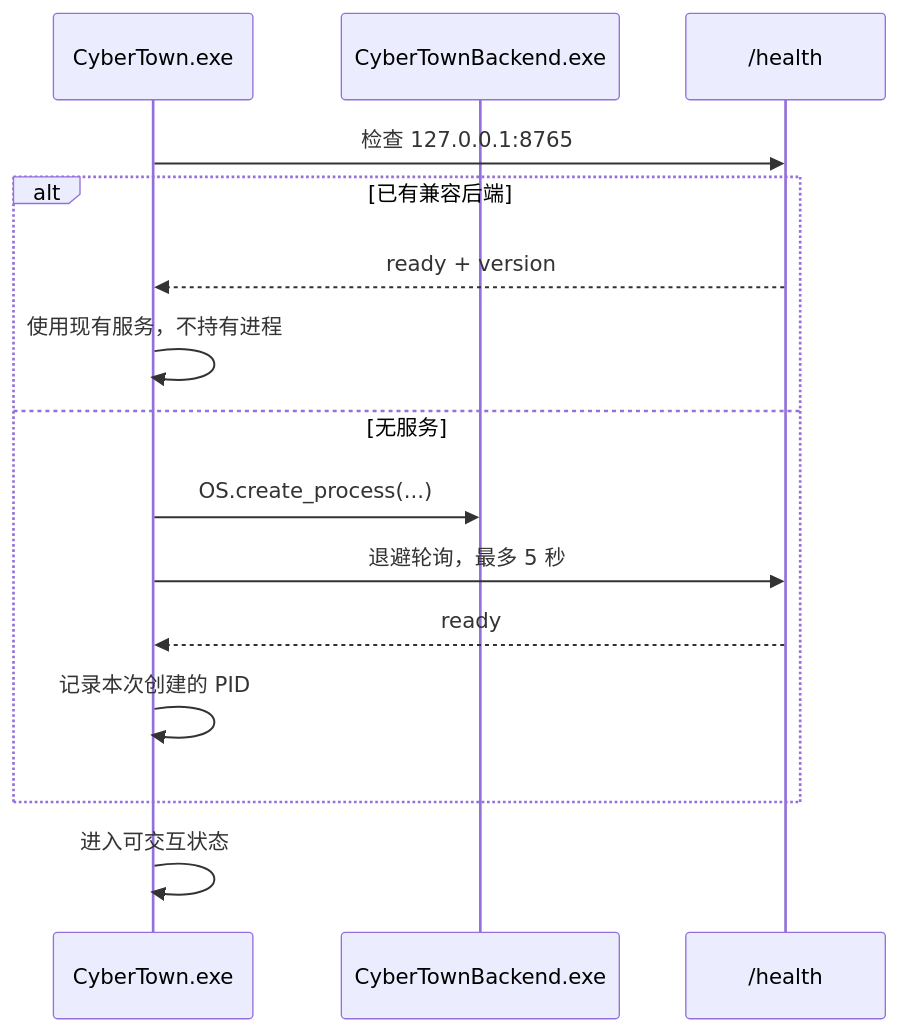
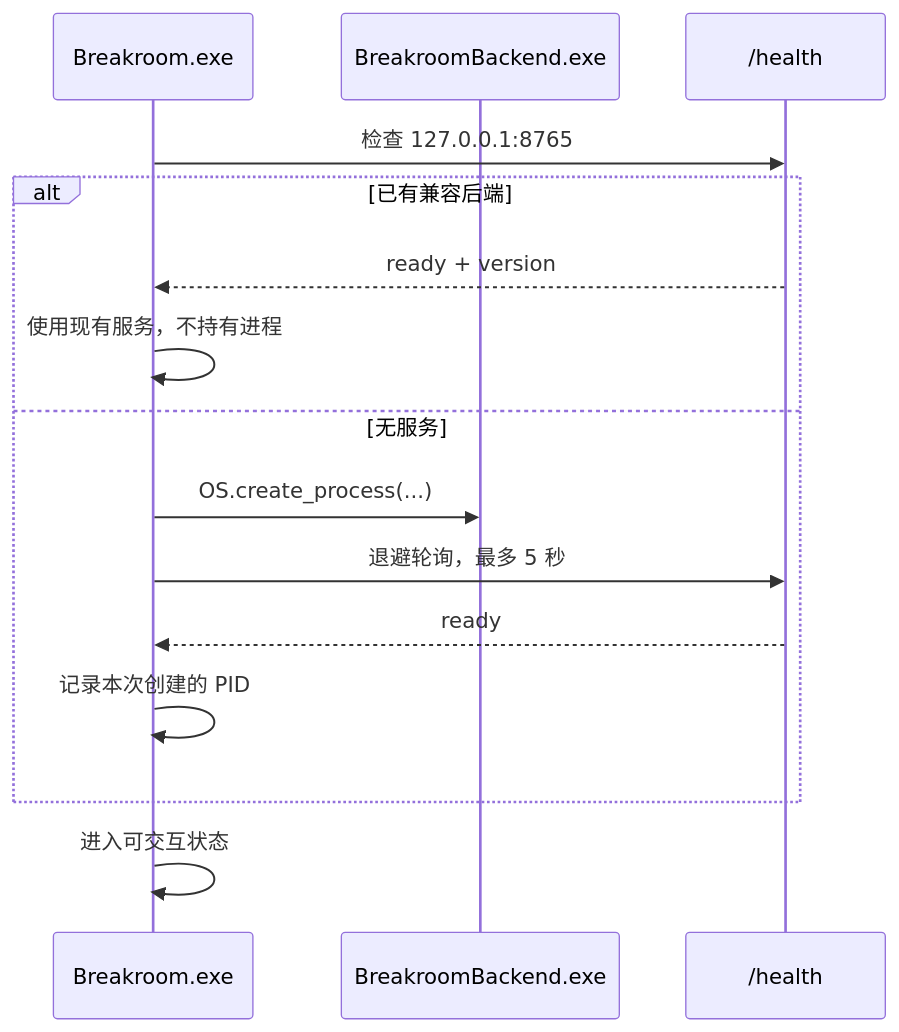
Before and after one commit to bbcbc-lgh/Breakroom: the diagram in Docs/Design/ReleaseDesign.md, drawn with Mermaid. The commit also changed other lines of this file and 32 other files, not shown here.

````diff
--- a/Docs/Design/ReleaseDesign.md
+++ b/Docs/Design/ReleaseDesign.md
@@ -31,18 +31,18 @@
 ```mermaid
 sequenceDiagram
-    participant G as CyberTown.exe
-    participant B as CyberTownBackend.exe
+    participant G as Breakroom.exe
+    participant B as BreakroomBackend.exe
     participant H as /health
 
     G->>H: 检查 127.0.0.1:8765
     alt 已有兼容后端
         H-->>G: ready + version
         G->>G: 使用现有服务，不持有进程
     else 无服务
         G->>B: OS.create_process(...)
         G->>H: 退避轮询，最多 5 秒
         H-->>G: ready
         G->>G: 记录本次创建的 PID
     end
     G->>G: 进入可交互状态
 ```
````
